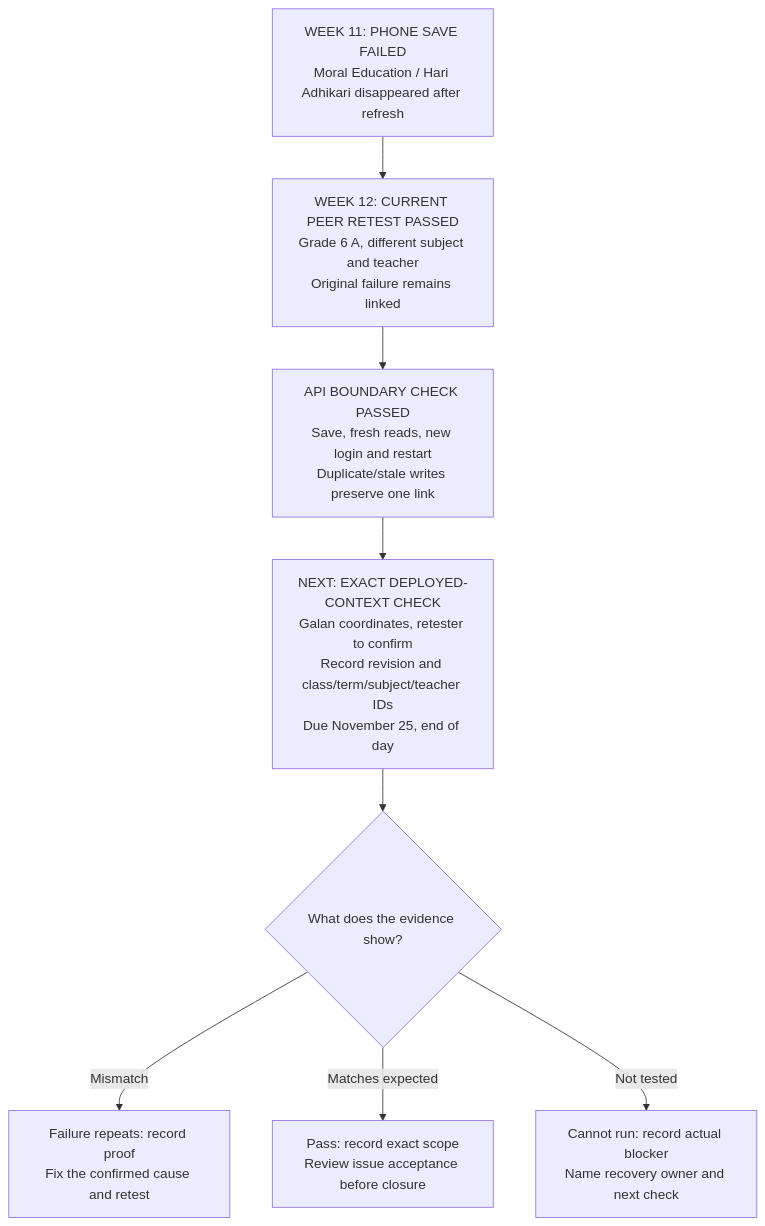
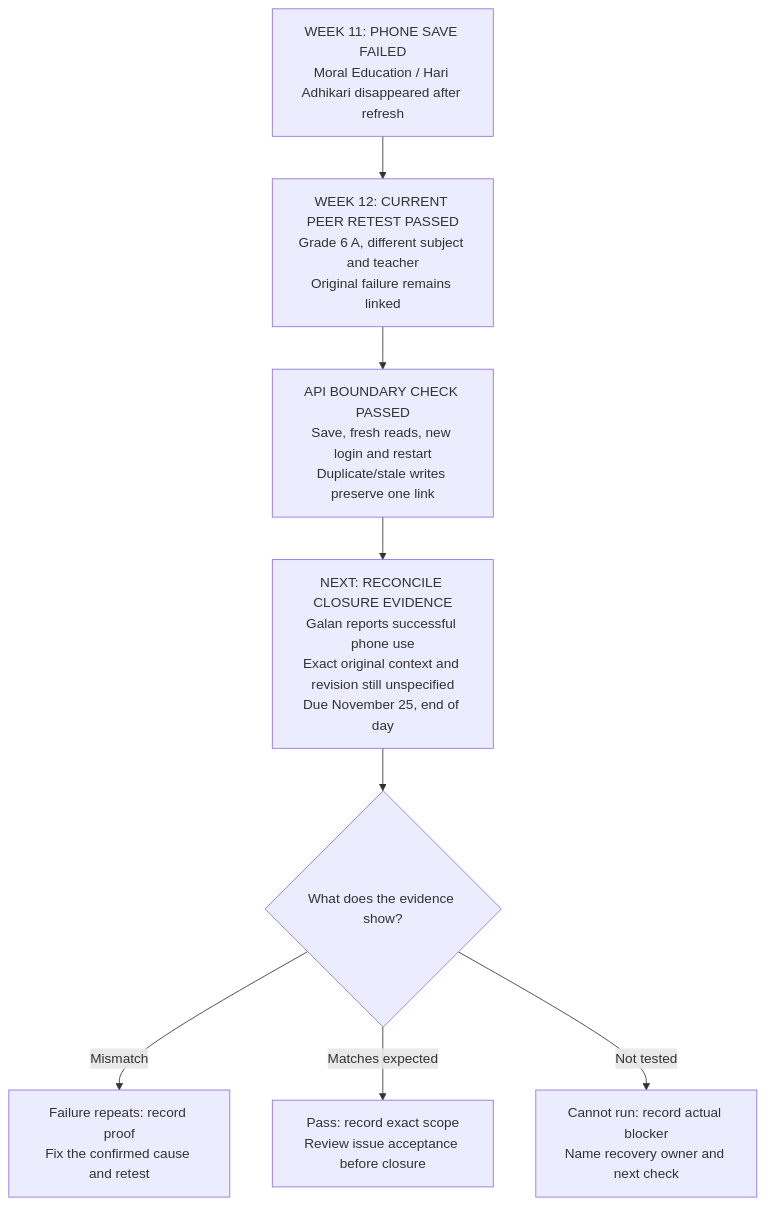
One commit to CapstoneDesign-Fall2026-UlsanCollege/Team1 changed the diagram in classroom/week12/roadmap.md. Above: the diagram before and after it, drawn with Mermaid. The commit also changed other lines of this file and 9 other files, not shown here.

````diff
--- a/classroom/week12/roadmap.md
+++ b/classroom/week12/roadmap.md
@@ -5,15 +5,15 @@
 ```mermaid
 flowchart TD
     A["WEEK 11: PHONE SAVE FAILED<br/>Moral Education / Hari Adhikari disappeared after refresh"]
     B["WEEK 12: CURRENT PEER RETEST PASSED<br/>Grade 6 A, different subject and teacher<br/>Original failure remains linked"]
     C["API BOUNDARY CHECK PASSED<br/>Save, fresh reads, new login and restart<br/>Duplicate/stale writes preserve one link"]
-    D["NEXT: EXACT DEPLOYED-CONTEXT CHECK<br/>Galan coordinates, retester to confirm<br/>Record revision and class/term/subject/teacher IDs<br/>Due November 25, end of day"]
+    D["NEXT: RECONCILE CLOSURE EVIDENCE<br/>Galan reports successful phone use<br/>Exact original context and revision still unspecified<br/>Due November 25, end of day"]
     E{"What does the evidence show?"}
     F["Failure repeats: record proof<br/>Fix the confirmed cause and retest"]
     G["Pass: record exact scope<br/>Review issue acceptance before closure"]
     H["Cannot run: record actual blocker<br/>Name recovery owner and next check"]
     A --> B --> C --> D --> E
     E -->|Mismatch| F
     E -->|Matches expected| G
     E -->|Not tested| H
 ```
````
